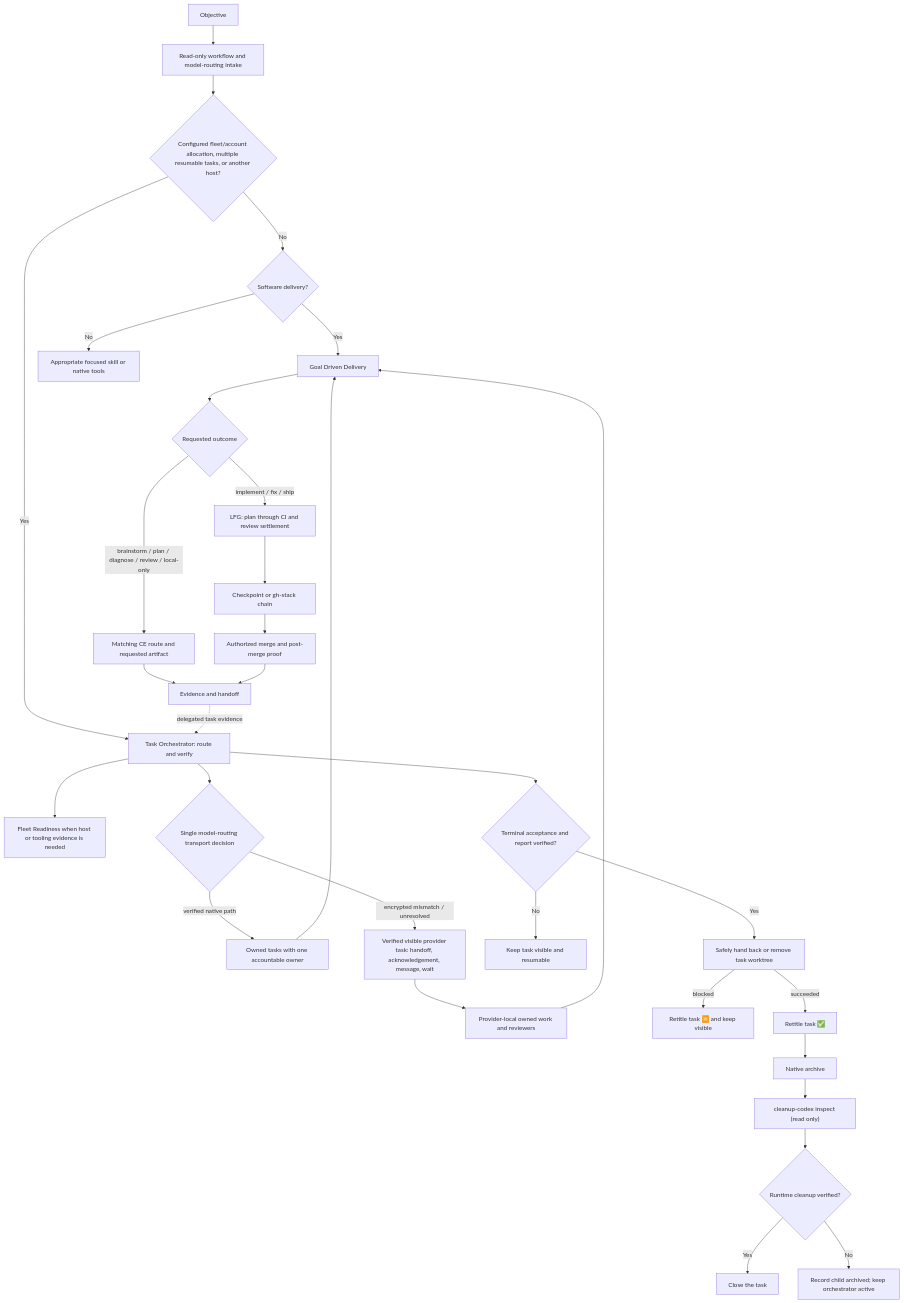
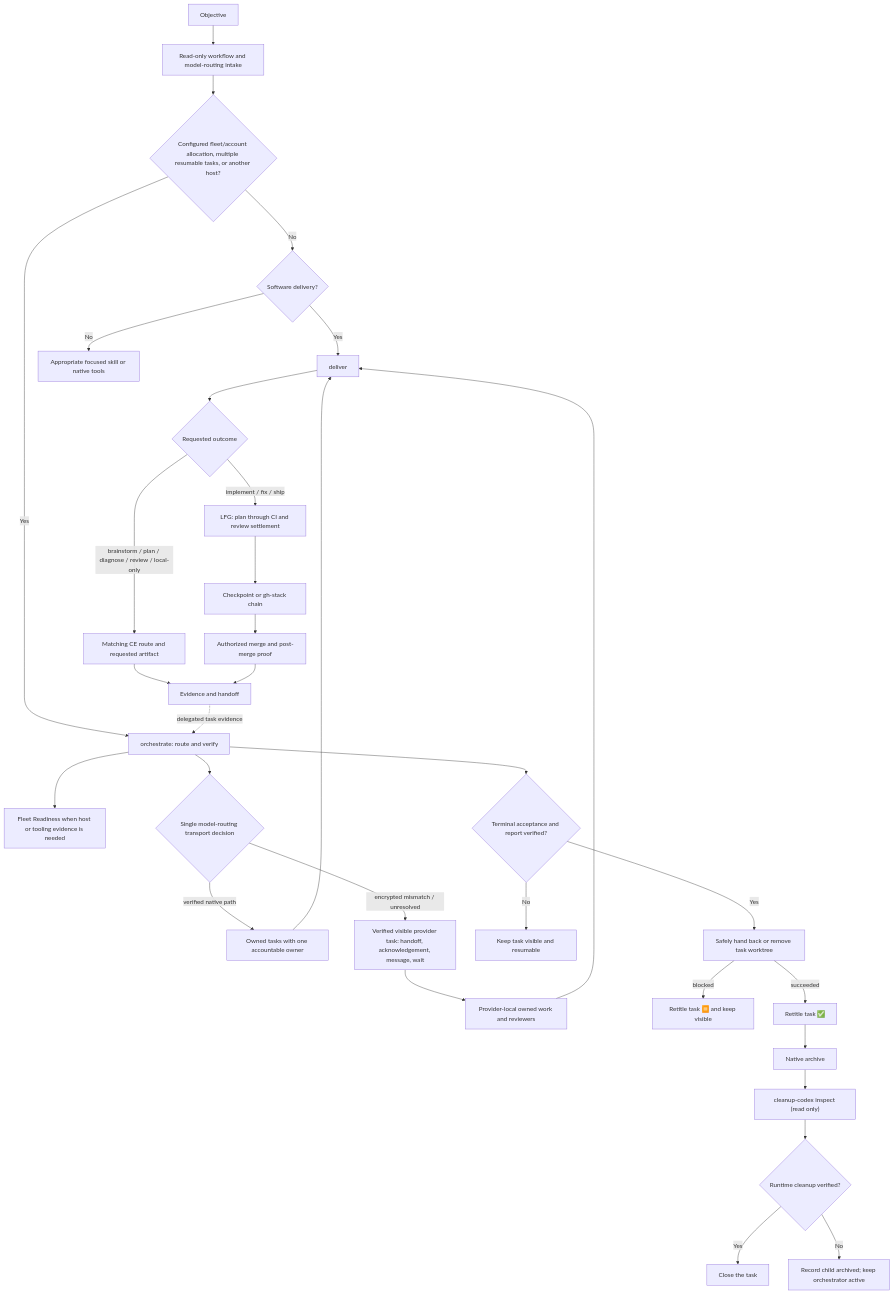
One commit to novotnyllc/railyard changed the diagram in docs/delivery-workflows.md. Above: the diagram before and after it, drawn with Mermaid. The commit also changed other lines of this file and 10 other files, not shown here.

Commit message:
docs: AGENTS.md progressive disclosure (docs/agents/); stale-name sweep (goal-driven-delivery→deliver, task-orchestrator→orchestrate); copy-edit pass incl. delivery-workflows paragraph splits

````diff
--- a/docs/delivery-workflows.md
+++ b/docs/delivery-workflows.md
@@ -68,34 +68,34 @@
 ```mermaid
 flowchart TD
     request["Objective"] --> intake["Read-only workflow and model-routing intake"]
     intake --> decision{"Configured fleet/account allocation, multiple resumable tasks, or another host?"}
     decision -- No --> kind{"Software delivery?"}
-    kind -- Yes --> gdd["Goal Driven Delivery"]
+    kind -- Yes --> gdd["deliver"]
     kind -- No --> direct["Appropriate focused skill or native tools"]
-    decision -- Yes --> orchestrator["Task Orchestrator: route and verify"]
+    decision -- Yes --> orchestrator["orchestrate: route and verify"]
     orchestrator --> readiness["Fleet Readiness when host or tooling evidence is needed"]
     orchestrator --> providerRoute{"Single model-routing transport decision"}
     providerRoute -- "verified native path" --> lanes["Owned tasks with one accountable owner"]
     providerRoute -- "encrypted mismatch / unresolved" --> providerTask["Verified visible provider task: handoff, acknowledgement, message, wait"]
     providerTask --> providerLanes["Provider-local owned work and reviewers"]
     lanes --> gdd
     providerLanes --> gdd
     gdd --> intent{"Requested outcome"}
     intent -- "brainstorm / plan / diagnose / review / local-only" --> narrow["Matching CE route and requested artifact"]
     intent -- "implement / fix / ship" --> lfg["LFG: plan through CI and review settlement"]
     lfg --> checkpoint["Checkpoint or gh-stack chain"]
     checkpoint --> merge["Authorized merge and post-merge proof"]
     narrow --> evidence["Evidence and handoff"]
     merge --> evidence
     evidence -. delegated task evidence .-> orchestrator
     orchestrator --> terminal{"Terminal acceptance and report verified?"}
     terminal -- No --> resumable["Keep task visible and resumable"]
     terminal -- Yes --> release["Safely hand back or remove task worktree"]
     release -- "blocked" --> cleanupBlocked["Retitle task ⏸️ and keep visible"]
     release -- "succeeded" --> retitle["Retitle task ✅"]
     retitle --> archive["Native archive"]
     archive --> inspect["cleanup-codex inspect (read only)"]
     inspect --> verified{"Runtime cleanup verified?"}
     verified -- Yes --> closed["Close the task"]
     verified -- No --> unresolved["Record child archived; keep orchestrator active"]
 ```
````
